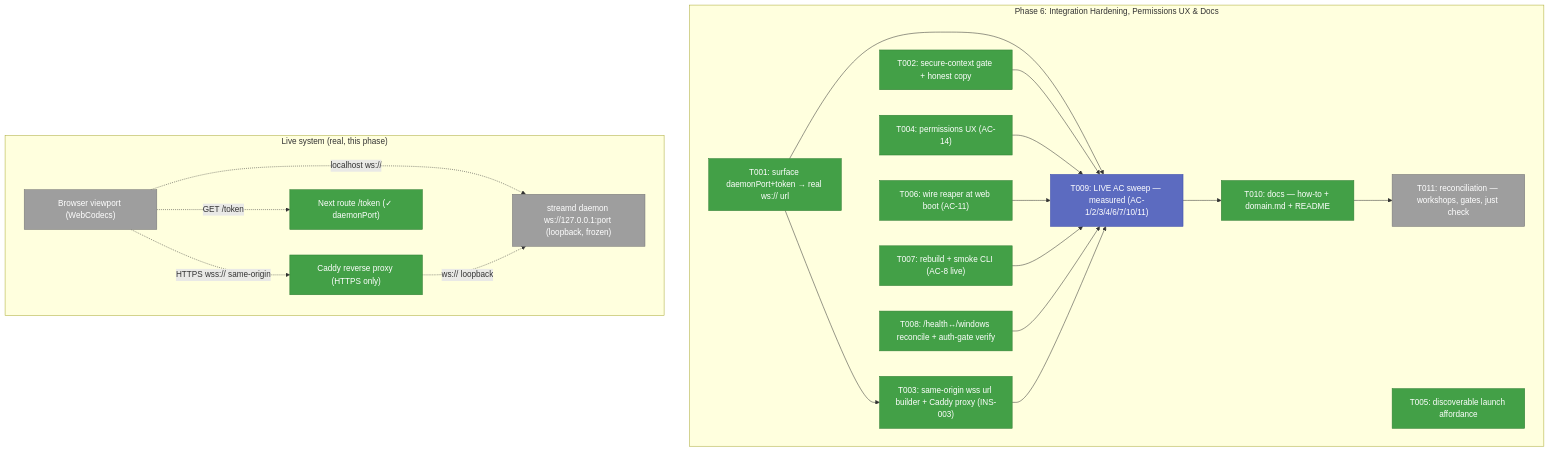
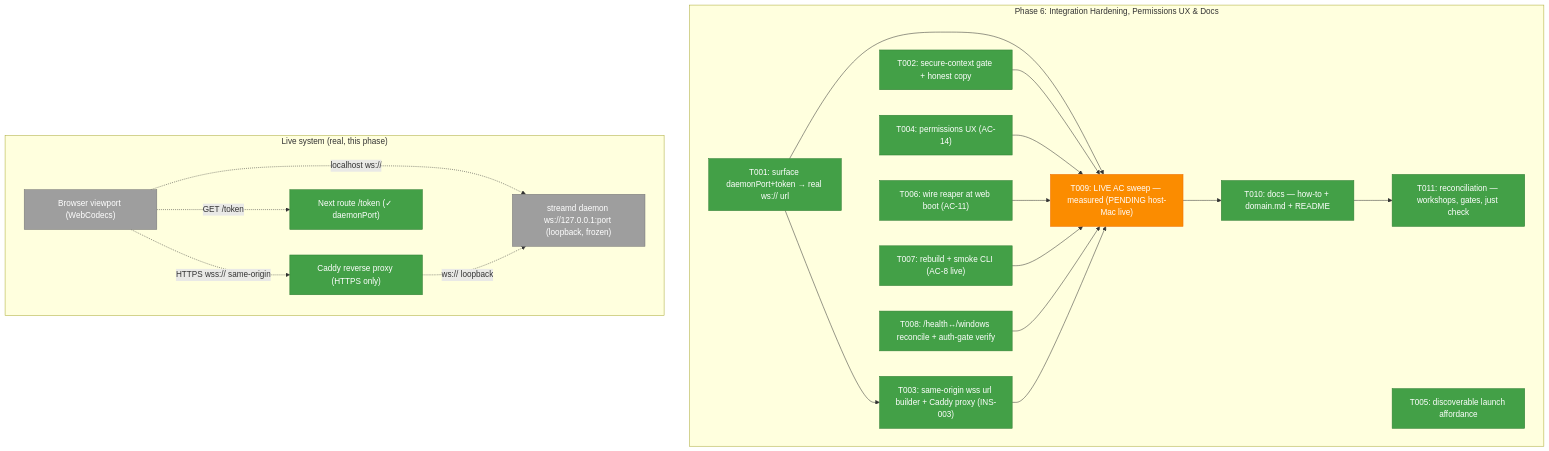
One commit to AI-Substrate/chainglass changed the first of 3 diagrams in docs/plans/088-remote-app-view/tasks/phase-6-integration-hardening-permissions-ux-docs/tasks.md. Above: the diagram before and after it, drawn with Mermaid. The commit also changed other lines of this file and 1 other file, not shown here.

Commit message:
docs(remote-view): T011 complete + T009 measurement sheet (PENDING host-Mac live) (Plan 088 Phase 6)
T011 reconciliation done (just check typecheck+lint green, arch guard, workshop OPENs).
T009: AC-11 snapshot = 0 orphans (PASS); the visual/measured rows (AC-1/2/3/4/6/7/10 +
Workshop-004) scaffolded as a runnable Measurement Sheet — they need the host-Mac
authenticated browser and must not be fabricated.

````diff
--- a/docs/plans/088-remote-app-view/tasks/phase-6-integration-hardening-permissions-ux-docs/tasks.md
+++ b/docs/plans/088-remote-app-view/tasks/phase-6-integration-hardening-permissions-ux-docs/tasks.md
@@ -97,42 +97,42 @@
 ```mermaid
 flowchart TD
     classDef pending fill:#9E9E9E,stroke:#757575,color:#fff
     classDef gate fill:#5C6BC0,stroke:#3949AB,color:#fff
     classDef completed fill:#43A047,stroke:#2E7D32,color:#fff
     classDef inprogress fill:#FB8C00,stroke:#EF6C00,color:#fff
 
     subgraph P6["Phase 6: Integration Hardening, Permissions UX & Docs"]
         T001["T001: surface daemonPort+token → real ws:// url"]:::completed
         T002["T002: secure-context gate + honest copy"]:::completed
         T003["T003: same-origin wss url builder + Caddy proxy (INS-003)"]:::completed
         T004["T004: permissions UX (AC-14)"]:::completed
         T005["T005: discoverable launch affordance"]:::completed
         T006["T006: wire reaper at web boot (AC-11)"]:::completed
         T007["T007: rebuild + smoke CLI (AC-8 live)"]:::completed
         T008["T008: /health↔/windows reconcile + auth-gate verify"]:::completed
-        T009["T009: LIVE AC sweep — measured (AC-1/2/3/4/6/7/10/11)"]:::gate
+        T009["T009: LIVE AC sweep — measured (PENDING host-Mac live)"]:::inprogress
         T010["T010: docs — how-to + domain.md + README"]:::completed
-        T011["T011: reconciliation — workshops, gates, just check"]:::pending
+        T011["T011: reconciliation — workshops, gates, just check"]:::completed
 
         T001 --> T003
         T001 --> T009
         T002 --> T009
         T004 --> T009
         T006 --> T009
         T007 --> T009
         T008 --> T009
         T003 --> T009
         T009 --> T010
         T010 --> T011
     end
 
     subgraph Live["Live system (real, this phase)"]
         BR["Browser viewport (WebCodecs)"]:::pending
         NX["Next route /token (✓ daemonPort)"]:::completed
         CX["Caddy reverse proxy (HTTPS only)"]:::completed
         DA["streamd daemon ws://127.0.0.1:port (loopback, frozen)"]:::pending
         BR -.localhost ws://.-> DA
         BR -.HTTPS wss:// same-origin.-> CX -.ws:// loopback.-> DA
         BR -.GET /token.-> NX
     end
 ```
````
